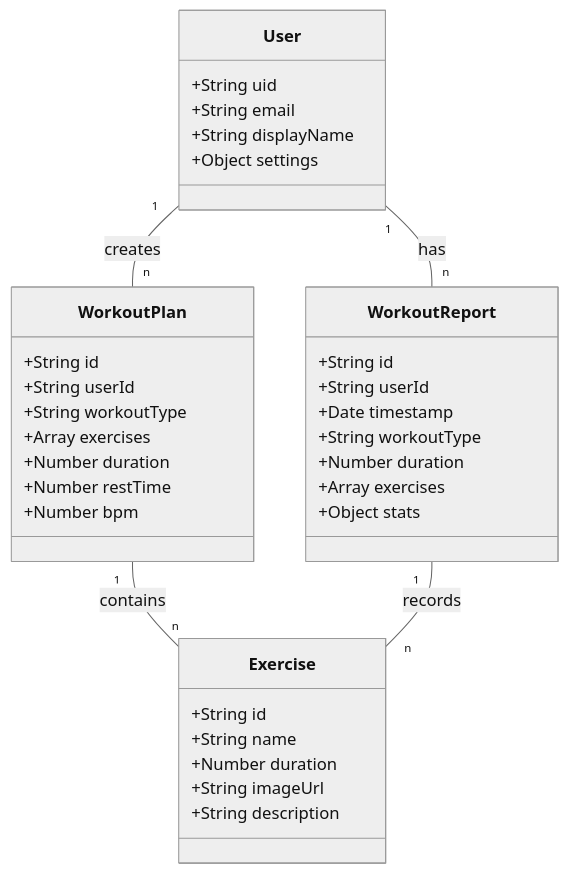
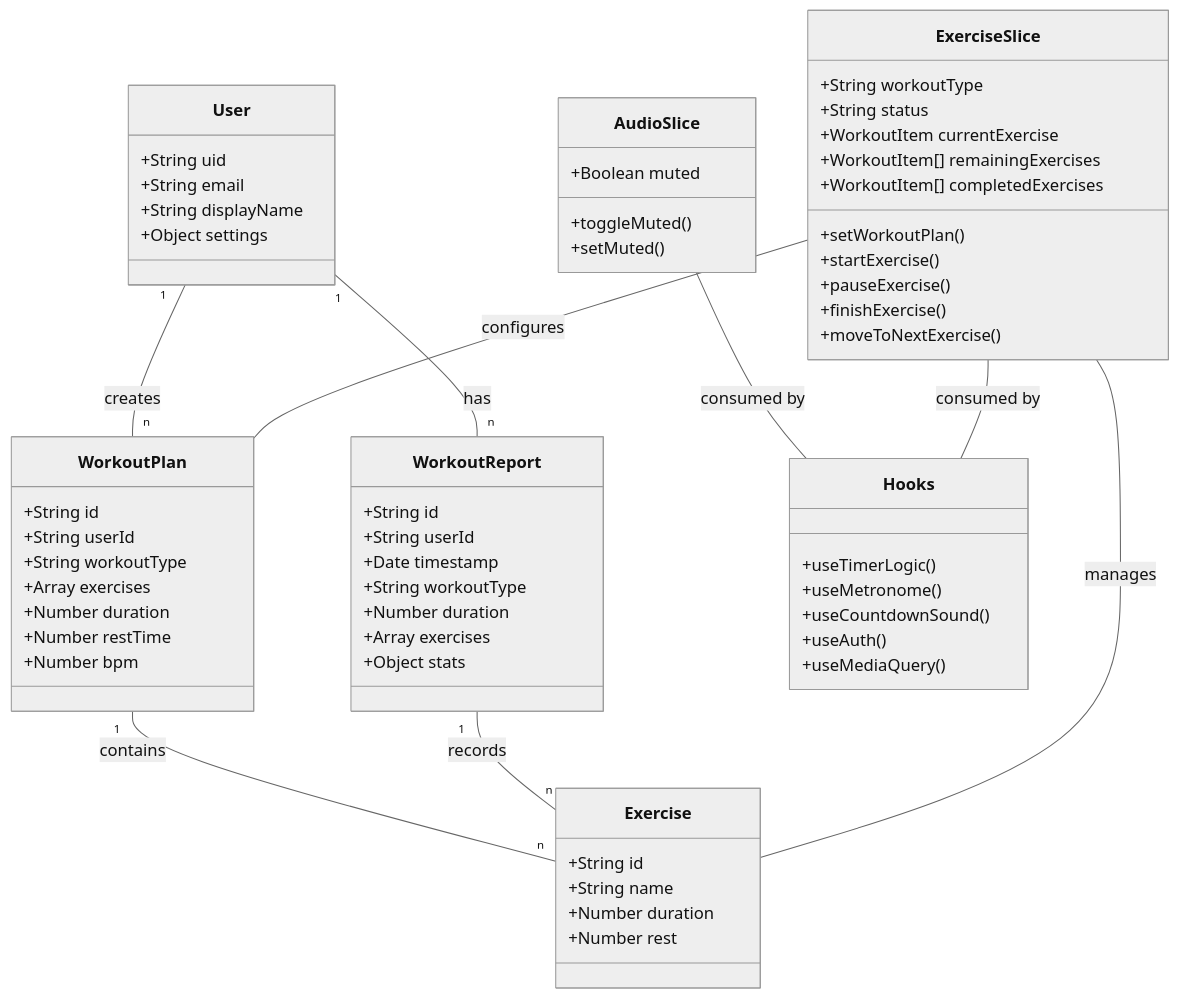
Before and after one commit to dddenrose/FitnessPartner: the fourth of 4 diagrams in README.md, drawn with Mermaid (neutral theme). The commit also changed other lines of this file, not shown here.

Commit message:
更新 README.md，擴充應用架構與元件結構說明，新增 Redux Persist 支持及自定義 Hooks 分類

````diff
--- a/README.md
+++ b/README.md
@@ -270,42 +463,72 @@
 ```mermaid
 classDiagram
     class User {
         +String uid
         +String email
         +String displayName
         +Object settings
     }
 
     class WorkoutPlan {
         +String id
         +String userId
         +String workoutType
         +Array exercises
         +Number duration
         +Number restTime
         +Number bpm
     }
 
     class WorkoutReport {
         +String id
         +String userId
         +Date timestamp
         +String workoutType
         +Number duration
         +Array exercises
         +Object stats
     }
 
     class Exercise {
         +String id
         +String name
         +Number duration
-        +String imageUrl
-        +String description
+        +Number rest
+    }
+
+    class ExerciseSlice {
+        +String workoutType
+        +String status
+        +WorkoutItem currentExercise
+        +WorkoutItem[] remainingExercises
+        +WorkoutItem[] completedExercises
+        +setWorkoutPlan()
+        +startExercise()
+        +pauseExercise()
+        +finishExercise()
+        +moveToNextExercise()
+    }
+
+    class AudioSlice {
+        +Boolean muted
+        +toggleMuted()
+        +setMuted()
+    }
+
+    class Hooks {
+        +useTimerLogic()
+        +useMetronome()
+        +useCountdownSound()
+        +useAuth()
+        +useMediaQuery()
     }
 
     User "1" -- "n" WorkoutPlan : creates
     User "1" -- "n" WorkoutReport : has
     WorkoutPlan "1" -- "n" Exercise : contains
     WorkoutReport "1" -- "n" Exercise : records
+    ExerciseSlice -- Exercise : manages
+    ExerciseSlice -- WorkoutPlan : configures
+    AudioSlice -- Hooks : consumed by
+    ExerciseSlice -- Hooks : consumed by
 ```
````
